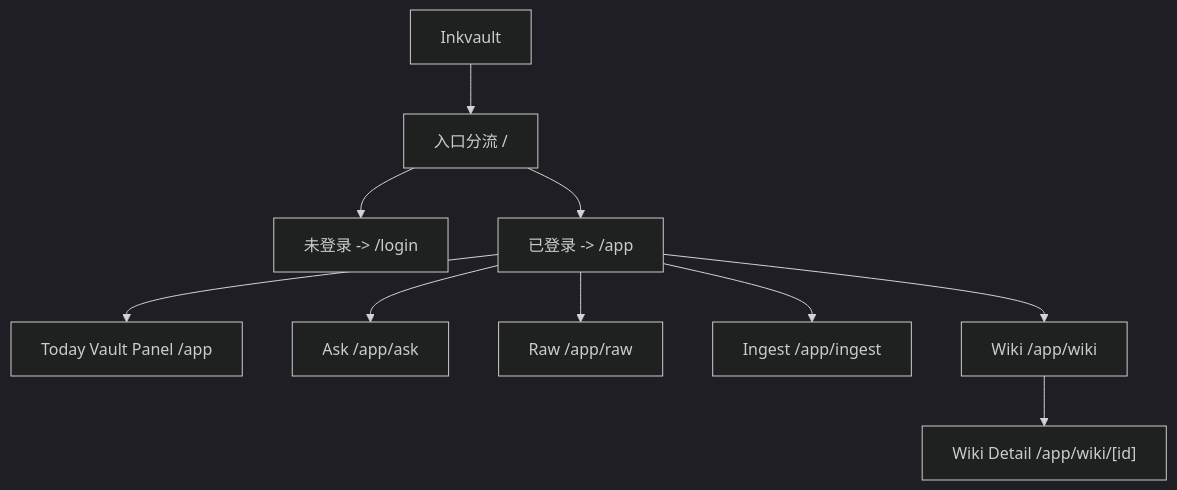
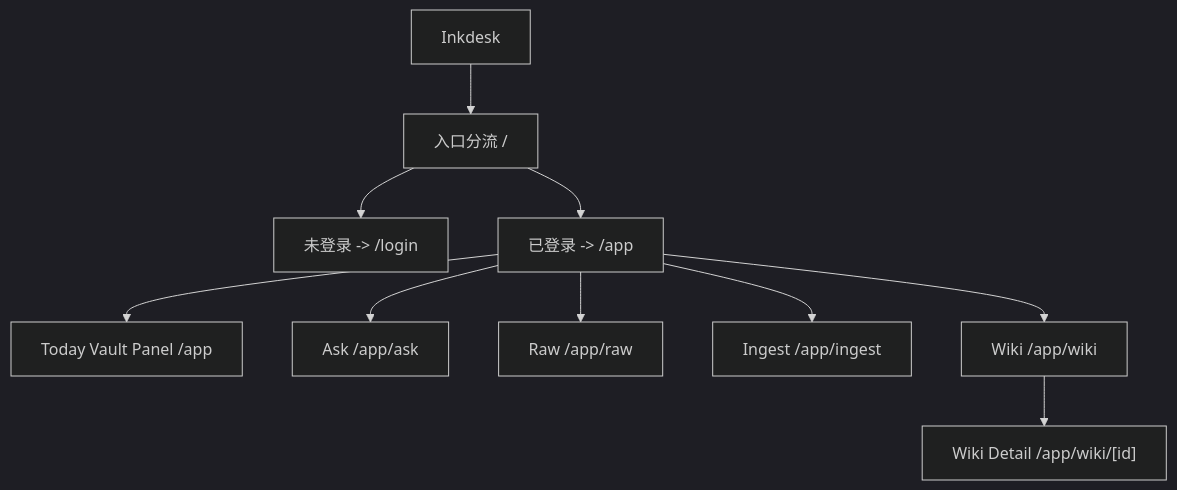
Before and after one commit to rrhww/inkdesk: the first of 2 diagrams in docs/design/information-architecture.md, drawn with Mermaid (dark theme). The commit also changed 107 other files, not shown here.

````diff
--- a/docs/design/information-architecture.md
+++ b/docs/design/information-architecture.md
@@ -11,12 +11,12 @@
 ```mermaid
 graph TD
-    A["Inkvault"] --> B["入口分流 /"]
+    A["Inkdesk"] --> B["入口分流 /"]
     B --> C["未登录 -> /login"]
     B --> D["已登录 -> /app"]
     D --> D1["Today Vault Panel /app"]
     D --> D2["Ask /app/ask"]
     D --> D3["Raw /app/raw"]
     D --> D4["Ingest /app/ingest"]
     D --> D5["Wiki /app/wiki"]
     D5 --> D6["Wiki Detail /app/wiki/[id]"]
 ```
````
